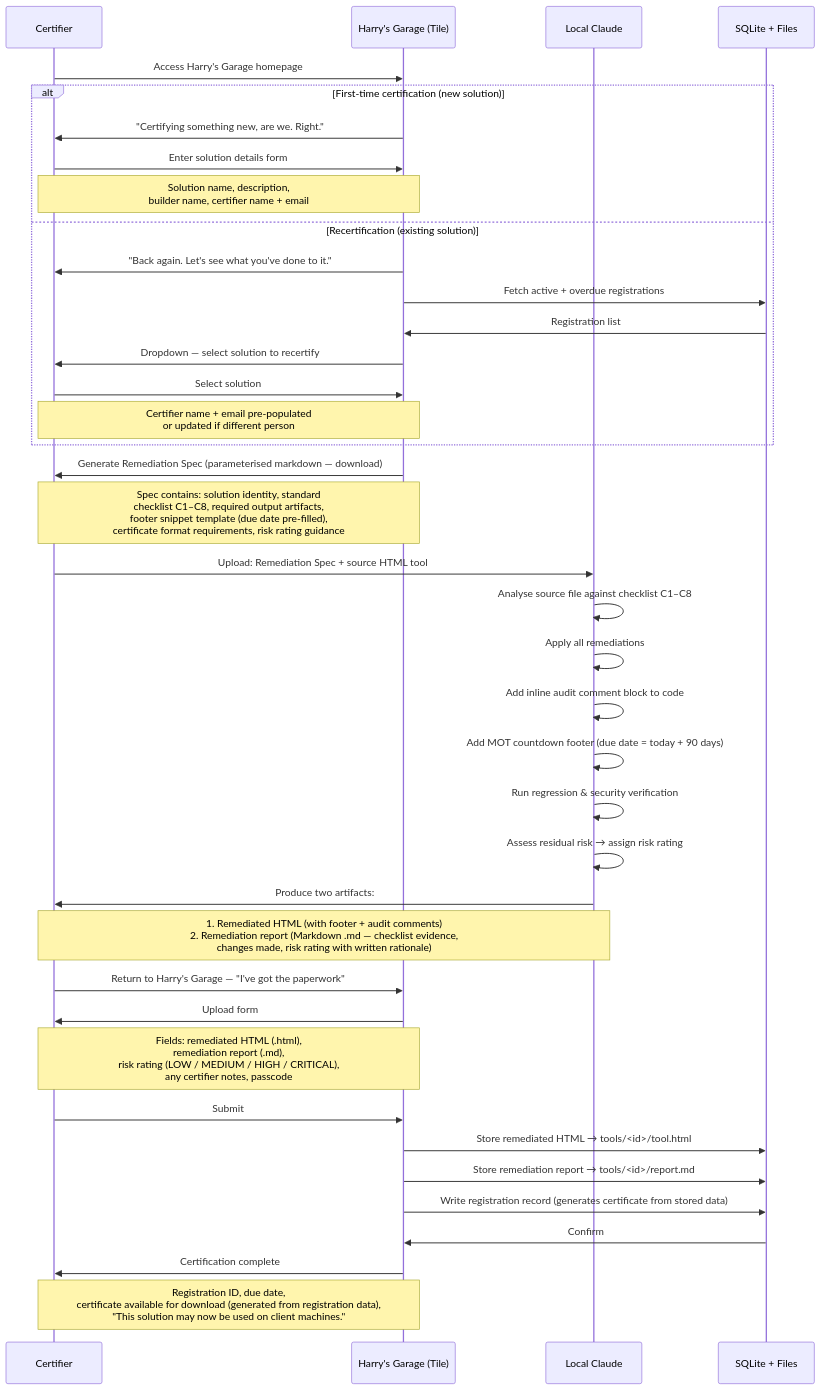
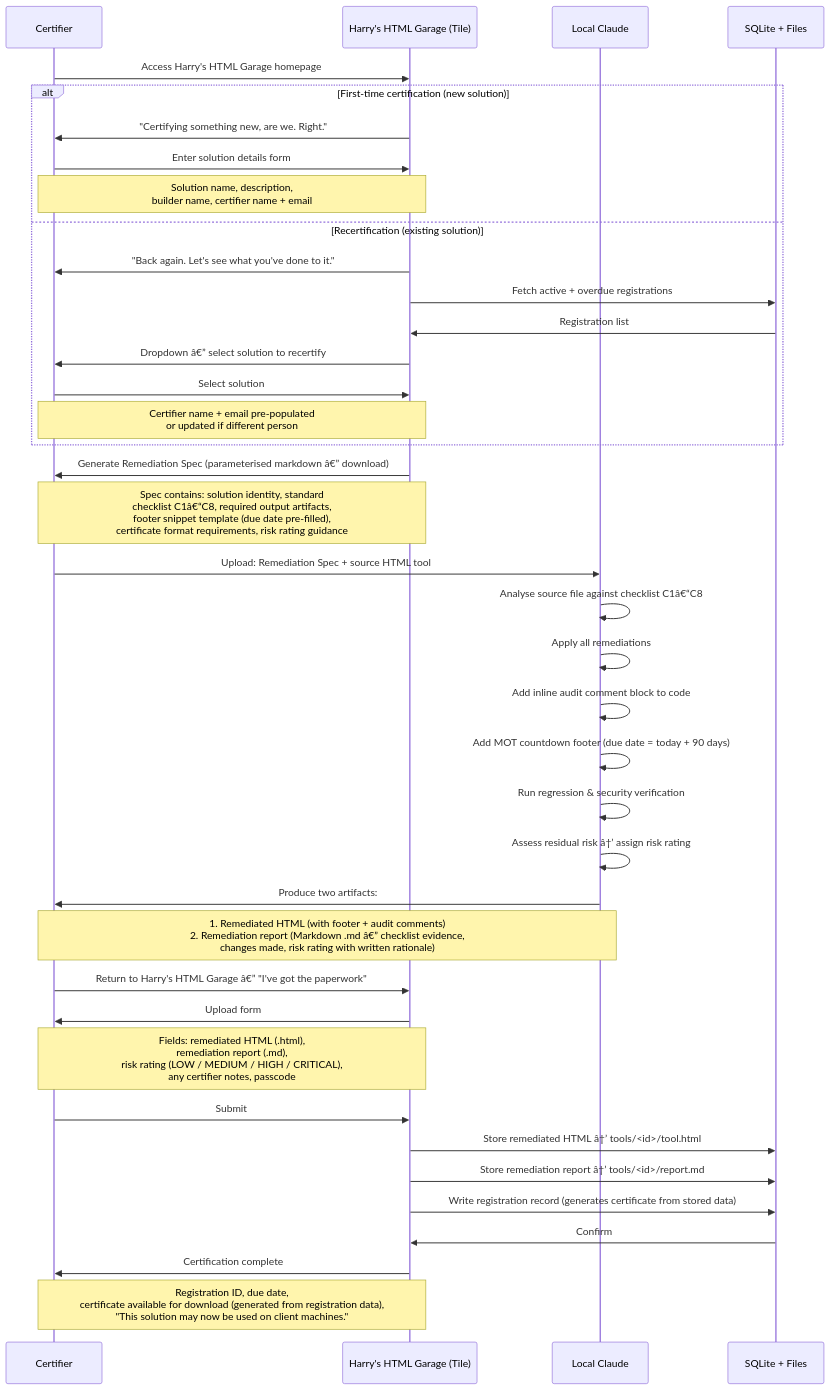
Before and after one commit to thensby-afk/agentic: the diagram in 4 - Security specification/process-flows/01-remediation-certification.md, drawn with Mermaid. The commit also changed other lines of this file and 4 other files, not shown here.

Commit message:
Rename to Harry's HTML Garage; add shell tile HTML

````diff
--- a/4 - Security specification/process-flows/01-remediation-certification.md
+++ b/4 - Security specification/process-flows/01-remediation-certification.md
@@ -29,48 +29,48 @@
 ```mermaid
 sequenceDiagram
     participant C as Certifier
-    participant HG as Harry's Garage (Tile)
+    participant HG as Harry's HTML Garage (Tile)
     participant LC as Local Claude
     participant DB as SQLite + Files
 
-    C->>HG: Access Harry's Garage homepage
+    C->>HG: Access Harry's HTML Garage homepage
 
     alt First-time certification (new solution)
         HG->>C: "Certifying something new, are we. Right."
         C->>HG: Enter solution details form
         Note over C,HG: Solution name, description,<br/>builder name, certifier name + email
     else Recertification (existing solution)
         HG->>C: "Back again. Let's see what you've done to it."
         HG->>DB: Fetch active + overdue registrations
         DB->>HG: Registration list
-        HG->>C: Dropdown — select solution to recertify
+        HG->>C: Dropdown â€” select solution to recertify
         C->>HG: Select solution
         Note over C,HG: Certifier name + email pre-populated<br/>or updated if different person
     end
 
-    HG->>C: Generate Remediation Spec (parameterised markdown — download)
-    Note over HG,C: Spec contains: solution identity, standard<br/>checklist C1–C8, required output artifacts,<br/>footer snippet template (due date pre-filled),<br/>certificate format requirements, risk rating guidance
+    HG->>C: Generate Remediation Spec (parameterised markdown â€” download)
+    Note over HG,C: Spec contains: solution identity, standard<br/>checklist C1â€“C8, required output artifacts,<br/>footer snippet template (due date pre-filled),<br/>certificate format requirements, risk rating guidance
 
     C->>LC: Upload: Remediation Spec + source HTML tool
-    LC->>LC: Analyse source file against checklist C1–C8
+    LC->>LC: Analyse source file against checklist C1â€“C8
     LC->>LC: Apply all remediations
     LC->>LC: Add inline audit comment block to code
     LC->>LC: Add MOT countdown footer (due date = today + 90 days)
     LC->>LC: Run regression & security verification
-    LC->>LC: Assess residual risk → assign risk rating
+    LC->>LC: Assess residual risk â†’ assign risk rating
     LC->>C: Produce two artifacts:
-    Note over LC,C: 1. Remediated HTML (with footer + audit comments)<br/>2. Remediation report (Markdown .md — checklist evidence,<br/>   changes made, risk rating with written rationale)
+    Note over LC,C: 1. Remediated HTML (with footer + audit comments)<br/>2. Remediation report (Markdown .md â€” checklist evidence,<br/>   changes made, risk rating with written rationale)
 
-    C->>HG: Return to Harry's Garage — "I've got the paperwork"
+    C->>HG: Return to Harry's HTML Garage â€” "I've got the paperwork"
     HG->>C: Upload form
     Note over C,HG: Fields: remediated HTML (.html),<br/>remediation report (.md),<br/>risk rating (LOW / MEDIUM / HIGH / CRITICAL),<br/>any certifier notes, passcode
     C->>HG: Submit
 
-    HG->>DB: Store remediated HTML → tools/<id>/tool.html
-    HG->>DB: Store remediation report → tools/<id>/report.md
+    HG->>DB: Store remediated HTML â†’ tools/<id>/tool.html
+    HG->>DB: Store remediation report â†’ tools/<id>/report.md
     HG->>DB: Write registration record (generates certificate from stored data)
     DB->>HG: Confirm
 
     HG->>C: Certification complete
     Note over HG,C: Registration ID, due date,<br/>certificate available for download (generated from registration data),<br/>"This solution may now be used on client machines."
 ```
````
